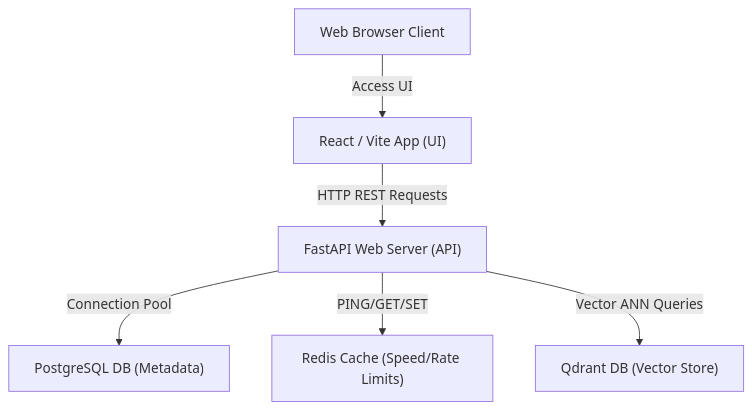
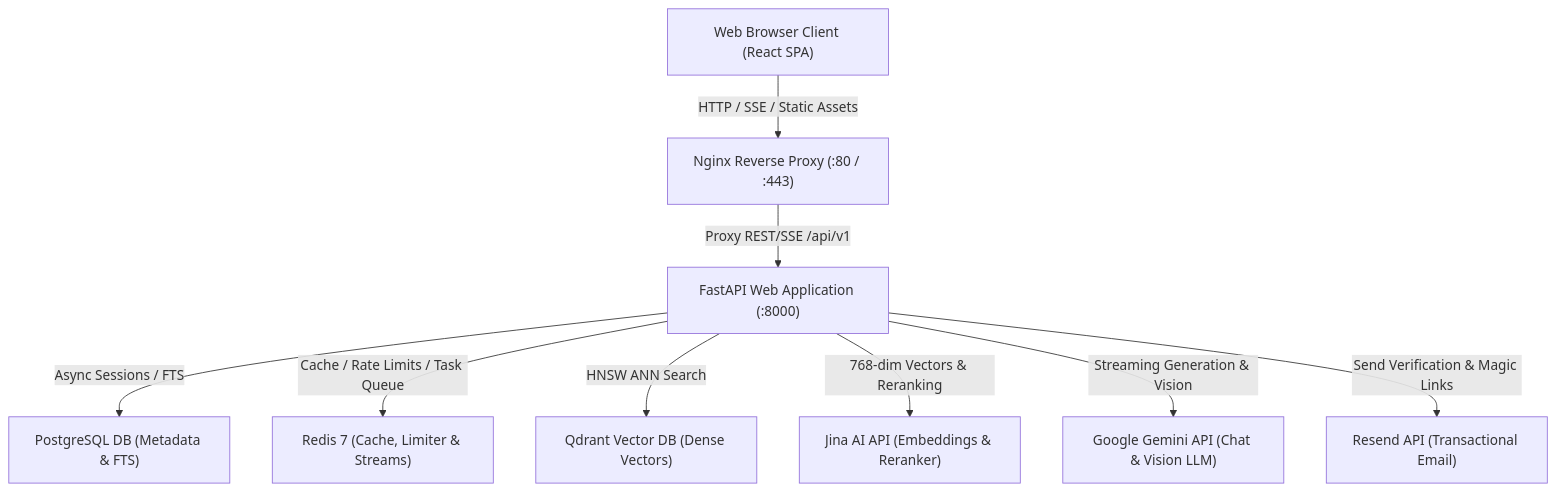
The diagram in README.md (Satya-Naraharisetty/FusionRAG), drawn with Mermaid before and after one commit. The commit also changed other lines of this file and 6 other files, not shown here.

````diff
--- a/README.md
+++ b/README.md
@@ -36,15 +69,21 @@
 ```mermaid
 graph TD
-    Browser["Web Browser Client"]
-    ReactApp["React / Vite App (UI)"]
-    FastAPI["FastAPI Web Server (API)"]
-    Postgres["PostgreSQL DB (Metadata)"]
-    Redis["Redis Cache (Speed/Rate Limits)"]
-    Qdrant["Qdrant DB (Vector Store)"]
+    User["Web Browser Client (React SPA)"]
+    Nginx["Nginx Reverse Proxy (:80 / :443)"]
+    FastAPI["FastAPI Web Application (:8000)"]
+    Postgres["PostgreSQL DB (Metadata & FTS)"]
+    Redis["Redis 7 (Cache, Limiter & Streams)"]
+    Qdrant["Qdrant Vector DB (Dense Vectors)"]
+    Jina["Jina AI API (Embeddings & Reranker)"]
+    Gemini["Google Gemini API (Chat & Vision LLM)"]
+    Resend["Resend API (Transactional Email)"]
 
-    Browser -->|Access UI| ReactApp
-    ReactApp -->|HTTP REST Requests| FastAPI
-    FastAPI -->|Connection Pool| Postgres
-    FastAPI -->|PING/GET/SET| Redis
-    FastAPI -->|Vector ANN Queries| Qdrant
+    User -->|HTTP / SSE / Static Assets| Nginx
+    Nginx -->|Proxy REST/SSE /api/v1| FastAPI
+    FastAPI -->|Async Sessions / FTS| Postgres
+    FastAPI -->|Cache / Rate Limits / Task Queue| Redis
+    FastAPI -->|HNSW ANN Search| Qdrant
+    FastAPI -->|768-dim Vectors & Reranking| Jina
+    FastAPI -->|Streaming Generation & Vision| Gemini
+    FastAPI -->|Send Verification & Magic Links| Resend
 ```
````
